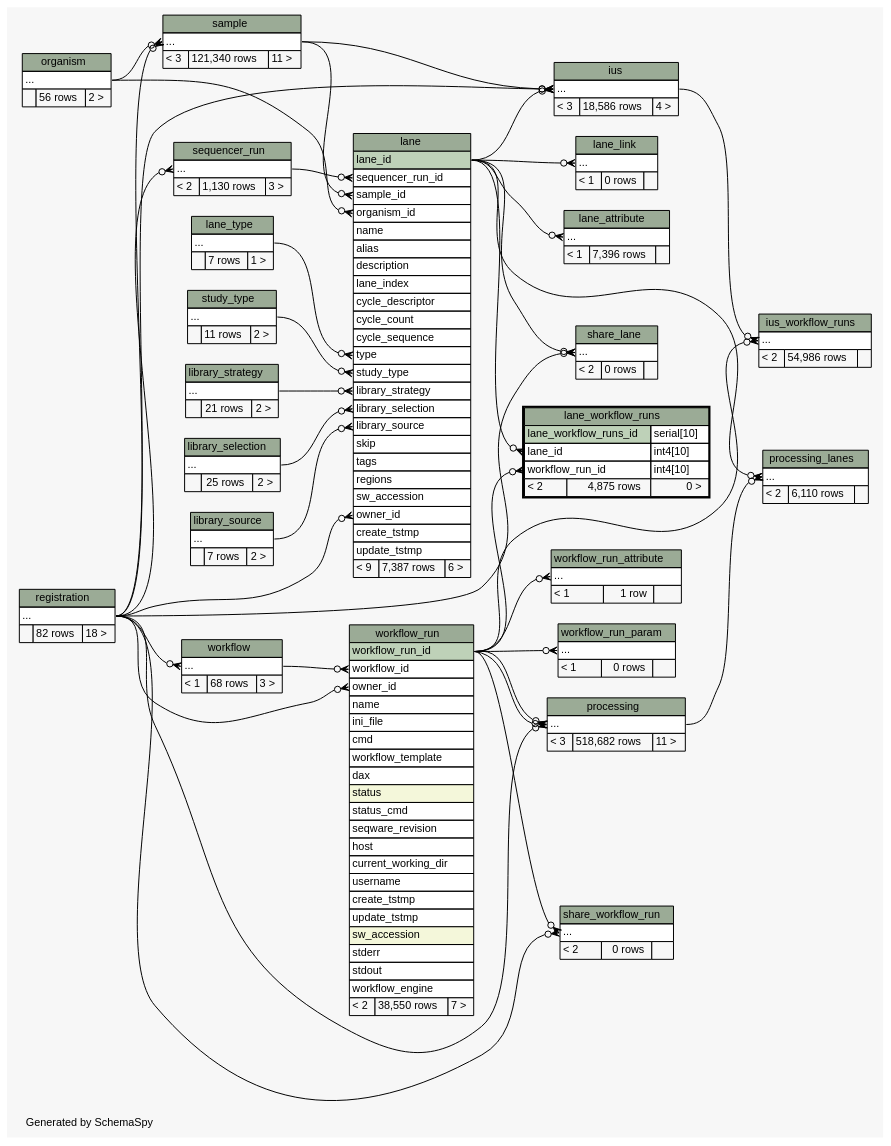
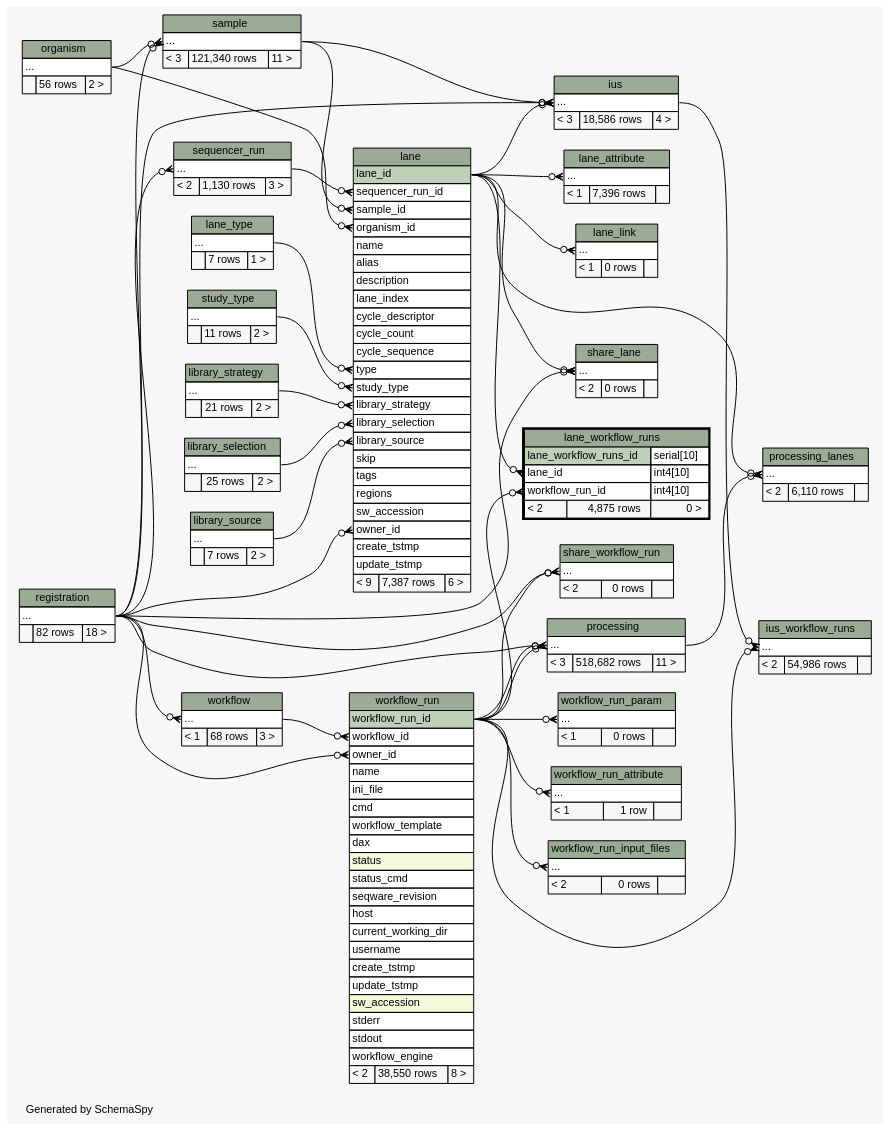
One commit to SeqWare/seqware.github.com changed the diagram in metadb-schema/diagrams/lane_workflow_runs.2degrees.dot. Above: the diagram before and after it, drawn with Graphviz. The commit also changed 214 other files, not shown here.

Commit message:
Update dbschema

```diff
--- a/metadb-schema/diagrams/lane_workflow_runs.2degrees.dot
+++ b/metadb-schema/diagrams/lane_workflow_runs.2degrees.dot
@@ -53,6 +53,7 @@
   "workflow_run":"owner_id":w -> "registration":"elipses":e [arrowhead=none dir=back arrowtail=crowodot];
   "workflow_run":"workflow_id":w -> "workflow":"elipses":e [arrowhead=none dir=back arrowtail=crowodot];
   "workflow_run_attribute":"elipses":w -> "workflow_run":"workflow_run_id":e [arrowhead=none dir=back arrowtail=crowodot];
+  "workflow_run_input_files":"elipses":w -> "workflow_run":"workflow_run_id":e [arrowhead=none dir=back arrowtail=crowodot];
   "workflow_run_param":"elipses":w -> "workflow_run":"workflow_run_id":e [arrowhead=none dir=back arrowtail=crowodot];
   "ius" [
     label=<
@@ -302,7 +303,7 @@
       <TR><TD PORT="stderr" COLSPAN="3" ALIGN="LEFT">stderr</TD></TR>
       <TR><TD PORT="stdout" COLSPAN="3" ALIGN="LEFT">stdout</TD></TR>
       <TR><TD PORT="workflow_engine" COLSPAN="3" ALIGN="LEFT">workflow_engine</TD></TR>
-      <TR><TD ALIGN="LEFT" BGCOLOR="#f7f7f7">&lt; 2</TD><TD ALIGN="RIGHT" BGCOLOR="#f7f7f7">38,550 rows</TD><TD ALIGN="RIGHT" BGCOLOR="#f7f7f7">7 &gt;</TD></TR>
+      <TR><TD ALIGN="LEFT" BGCOLOR="#f7f7f7">&lt; 2</TD><TD ALIGN="RIGHT" BGCOLOR="#f7f7f7">38,550 rows</TD><TD ALIGN="RIGHT" BGCOLOR="#f7f7f7">8 &gt;</TD></TR>
     </TABLE>>
     URL="workflow_run.html"
     tooltip="workflow_run"
@@ -317,6 +318,16 @@
     URL="workflow_run_attribute.html"
     tooltip="workflow_run_attribute"
   ];
+  "workflow_run_input_files" [
+    label=<
+    <TABLE BORDER="0" CELLBORDER="1" CELLSPACING="0" BGCOLOR="#ffffff">
+      <TR><TD COLSPAN="3" BGCOLOR="#9bab96" ALIGN="CENTER">workflow_run_input_files</TD></TR>
+      <TR><TD PORT="elipses" COLSPAN="3" ALIGN="LEFT">...</TD></TR>
+      <TR><TD ALIGN="LEFT" BGCOLOR="#f7f7f7">&lt; 2</TD><TD ALIGN="RIGHT" BGCOLOR="#f7f7f7">0 rows</TD><TD ALIGN="RIGHT" BGCOLOR="#f7f7f7">  </TD></TR>
+    </TABLE>>
+    URL="workflow_run_input_files.html"
+    tooltip="workflow_run_input_files"
+  ];
   "workflow_run_param" [
     label=<
     <TABLE BORDER="0" CELLBORDER="1" CELLSPACING="0" BGCOLOR="#ffffff">
```
